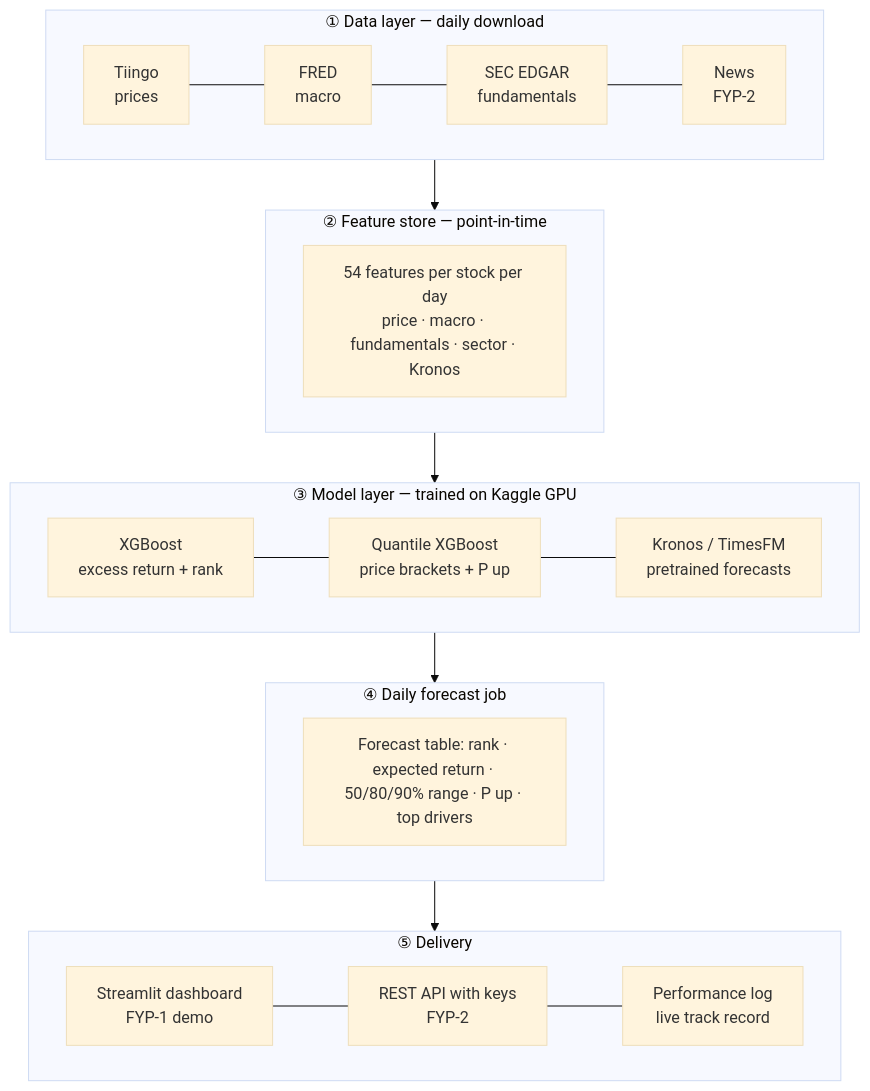
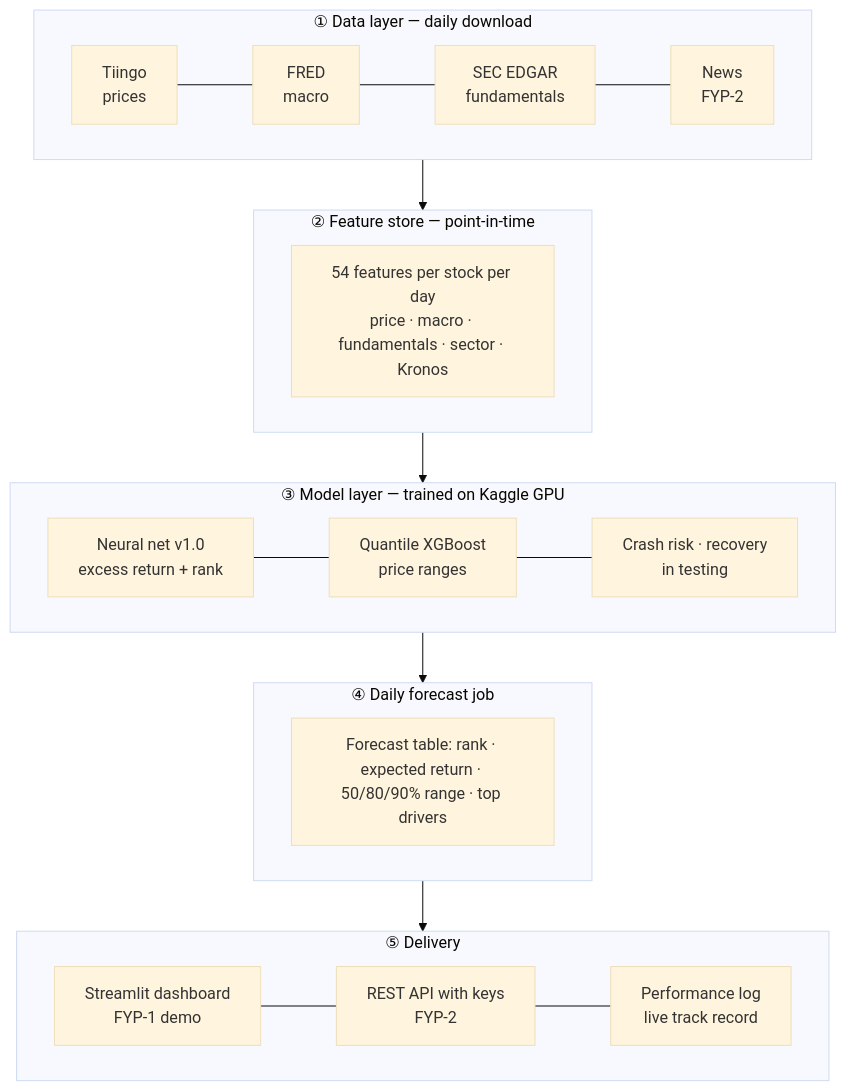
Before and after one commit to Naveed-CoLab/LatticeX: the first of 2 diagrams in README.md, drawn with Mermaid (base theme). The commit also changed other lines of this file and 31 other files, not shown here.

Commit message:
v1.1: recovery model, SEC 8-K event feed, crash risk, sector-neutral target

````diff
--- a/README.md
+++ b/README.md
@@ -49,22 +51,22 @@
 ```mermaid
 flowchart TB
     subgraph L1["① Data layer — daily download"]
         direction LR
         D1[Tiingo<br/>prices] --- D2[FRED<br/>macro] --- D3[SEC EDGAR<br/>fundamentals] --- D4[News<br/>FYP-2]
     end
     subgraph L2["② Feature store — point-in-time"]
         F1[54 features per stock per day<br/>price · macro · fundamentals · sector · Kronos]
     end
     subgraph L3["③ Model layer — trained on Kaggle GPU"]
         direction LR
-        M1[XGBoost<br/>excess return + rank] --- M2[Quantile XGBoost<br/>price brackets + P up] --- M3[Kronos / TimesFM<br/>pretrained forecasts]
+        M1[Neural net v1.0<br/>excess return + rank] --- M2[Quantile XGBoost<br/>price ranges] --- M3[Crash risk · recovery<br/>in testing]
     end
     subgraph L4["④ Daily forecast job"]
-        J1[Forecast table: rank · expected return · 50/80/90% range · P up · top drivers]
+        J1[Forecast table: rank · expected return · 50/80/90% range · top drivers]
     end
     subgraph L5["⑤ Delivery"]
         direction LR
         U1[Streamlit dashboard<br/>FYP-1 demo] --- U2[REST API with keys<br/>FYP-2] --- U3[Performance log<br/>live track record]
     end
     L1 --> L2 --> L3 --> L4 --> L5
 ```
````
